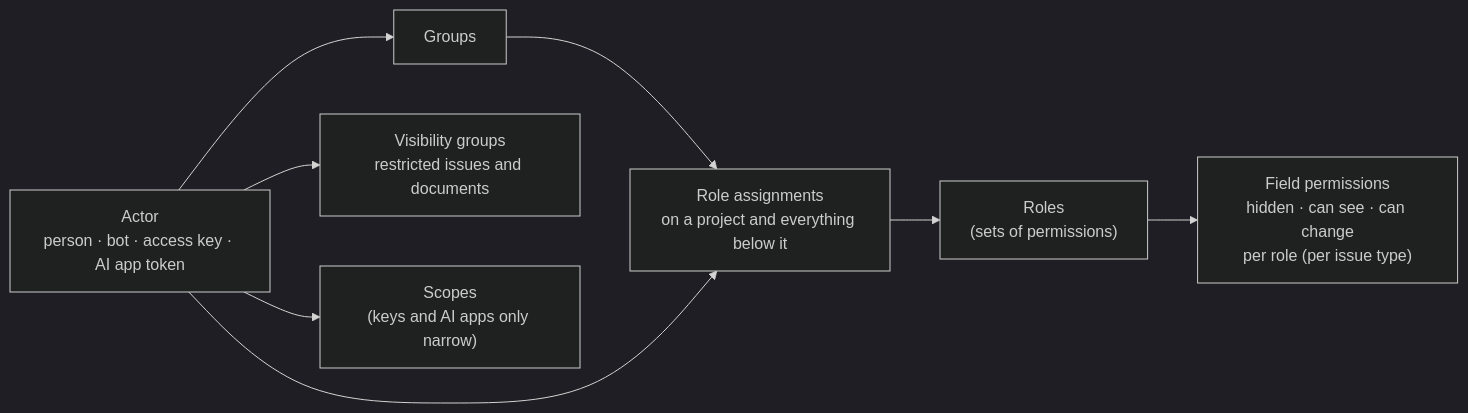
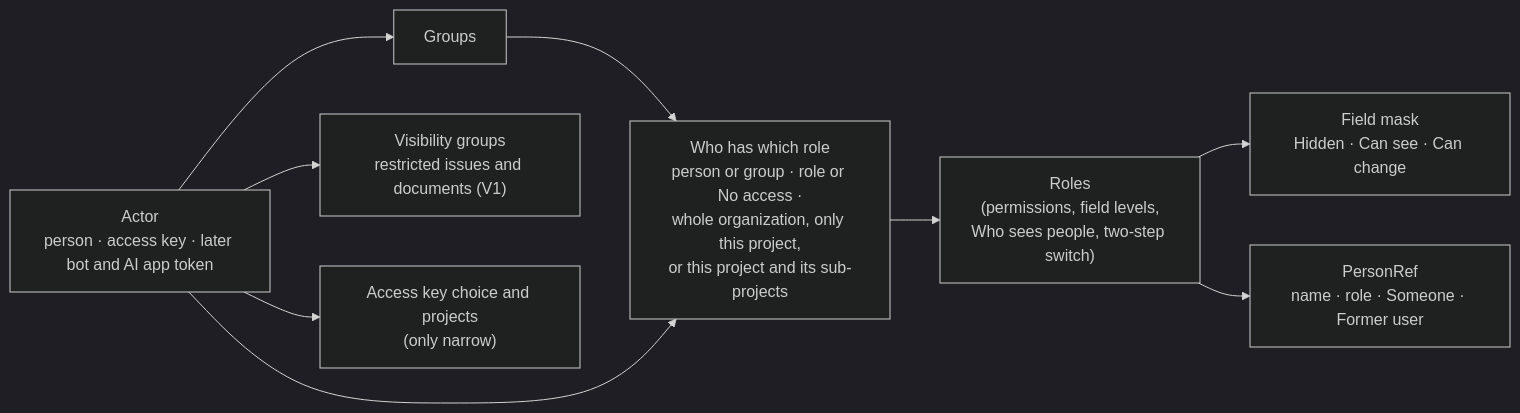
Before and after one commit to Nusi42/Bugaboo: the first of 2 diagrams in docs/architecture/07-cross-cutting.md, drawn with Mermaid (dark theme). The commit also changed other lines of this file and 19 other files, not shown here.

````diff
--- a/docs/architecture/07-cross-cutting.md
+++ b/docs/architecture/07-cross-cutting.md
@@ -47,15 +49,17 @@
 ```mermaid
 flowchart LR
-  actor["Actor<br/>person · bot · access key · AI app token"]
+  actor["Actor<br/>person · access key · later bot and AI app token"]
   groups["Groups"]
-  roles["Roles<br/>(sets of permissions)"]
-  assign["Role assignments<br/>on a project and everything below it"]
-  fieldp["Field permissions<br/>hidden · can see · can change<br/>per role (per issue type)"]
-  vis["Visibility groups<br/>restricted issues and documents"]
-  scopes["Scopes<br/>(keys and AI apps only narrow)"]
+  assign["Who has which role<br/>person or group · role or No access ·<br/>whole organization, only this project,<br/>or this project and its sub-projects"]
+  roles["Roles<br/>(permissions, field levels,<br/>Who sees people, two-step switch)"]
+  fieldp["Field mask<br/>Hidden · Can see · Can change"]
+  people["PersonRef<br/>name · role · Someone · Former user"]
+  vis["Visibility groups<br/>restricted issues and documents (V1)"]
+  scopes["Access key choice and projects<br/>(only narrow)"]
   actor --> groups --> assign
   actor --> assign
   assign --> roles --> fieldp
+  roles --> people
   actor --> vis
   actor --> scopes
 ```
````
